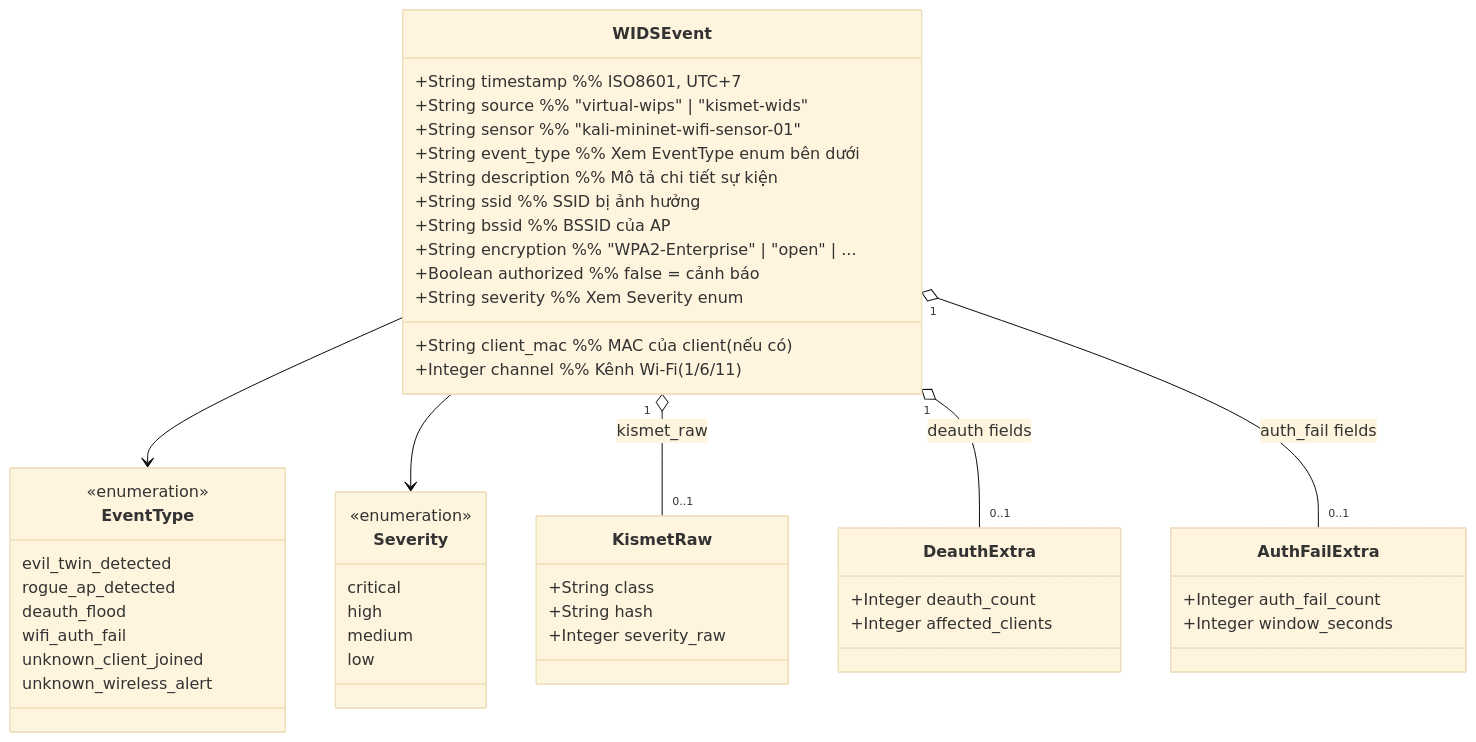
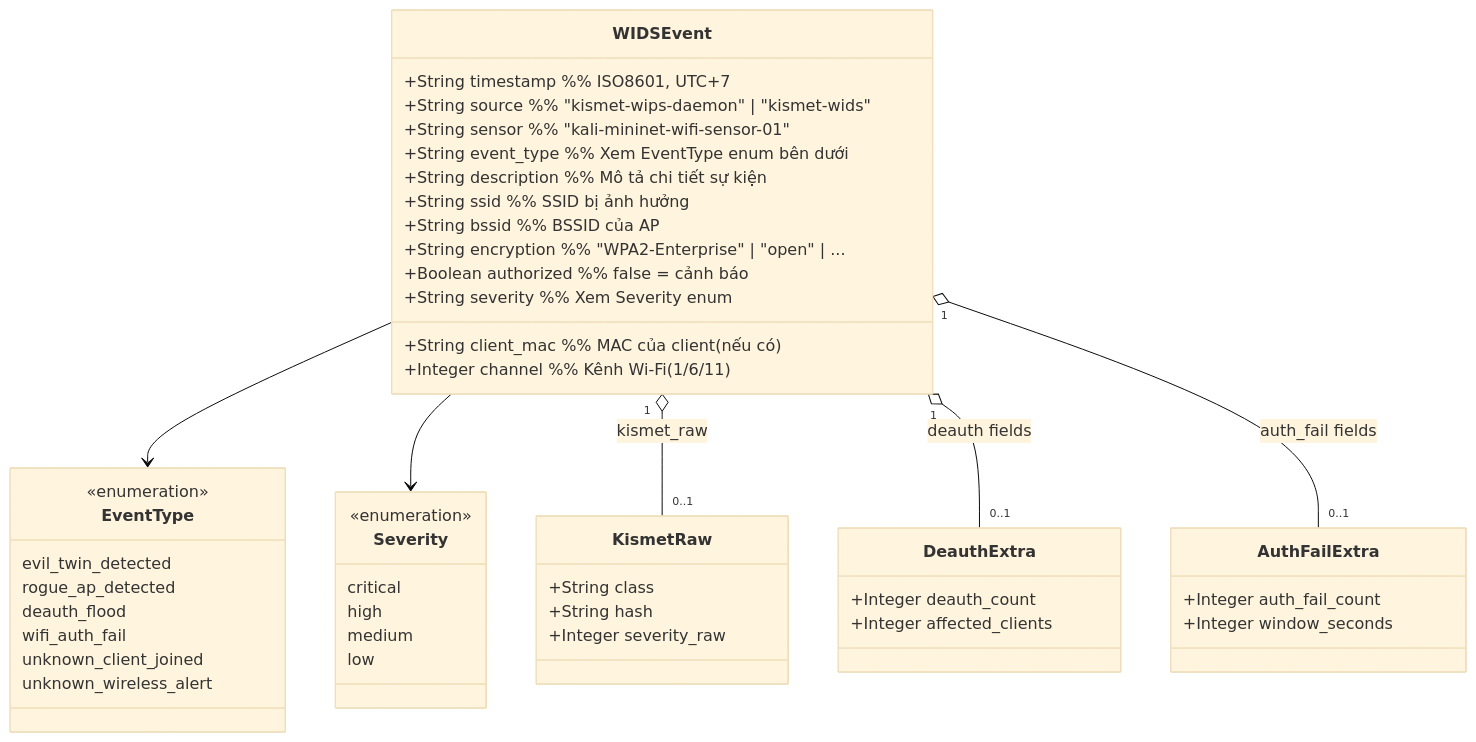
Before and after one commit to ph4n10m1808/wireless-mobile-network-security-project: the fifth of 7 diagrams in DATA_FLOW.md, drawn with Mermaid (base theme). The commit also changed other lines of this file and 11 other files, not shown here.

````diff
--- a/DATA_FLOW.md
+++ b/DATA_FLOW.md
@@ -208,57 +214,57 @@
 ```mermaid
 classDiagram
     class WIDSEvent {
         +String timestamp           %% ISO8601, UTC+7
-        +String source              %% "virtual-wips" | "kismet-wids"
+        +String source              %% "kismet-wips-daemon" | "kismet-wids"
         +String sensor              %% "kali-mininet-wifi-sensor-01"
         +String event_type          %% Xem EventType enum bên dưới
         +String description         %% Mô tả chi tiết sự kiện
         +String ssid                %% SSID bị ảnh hưởng
         +String bssid               %% BSSID của AP
         +String client_mac          %% MAC của client (nếu có)
         +Integer channel            %% Kênh Wi-Fi (1/6/11)
         +String encryption          %% "WPA2-Enterprise" | "open" | ...
         +Boolean authorized         %% false = cảnh báo
         +String severity            %% Xem Severity enum
     }
 
     class EventType {
         <<enumeration>>
         evil_twin_detected
         rogue_ap_detected
         deauth_flood
         wifi_auth_fail
         unknown_client_joined
         unknown_wireless_alert
     }
 
     class Severity {
         <<enumeration>>
         critical
         high
         medium
         low
     }
 
     class KismetRaw {
         +String class
         +String hash
         +Integer severity_raw
     }
 
     class DeauthExtra {
         +Integer deauth_count
         +Integer affected_clients
     }
 
     class AuthFailExtra {
         +Integer auth_fail_count
         +Integer window_seconds
     }
 
     WIDSEvent --> EventType
     WIDSEvent --> Severity
     WIDSEvent "1" o-- "0..1" KismetRaw : kismet_raw
     WIDSEvent "1" o-- "0..1" DeauthExtra : deauth fields
     WIDSEvent "1" o-- "0..1" AuthFailExtra : auth_fail fields
 ```
````
